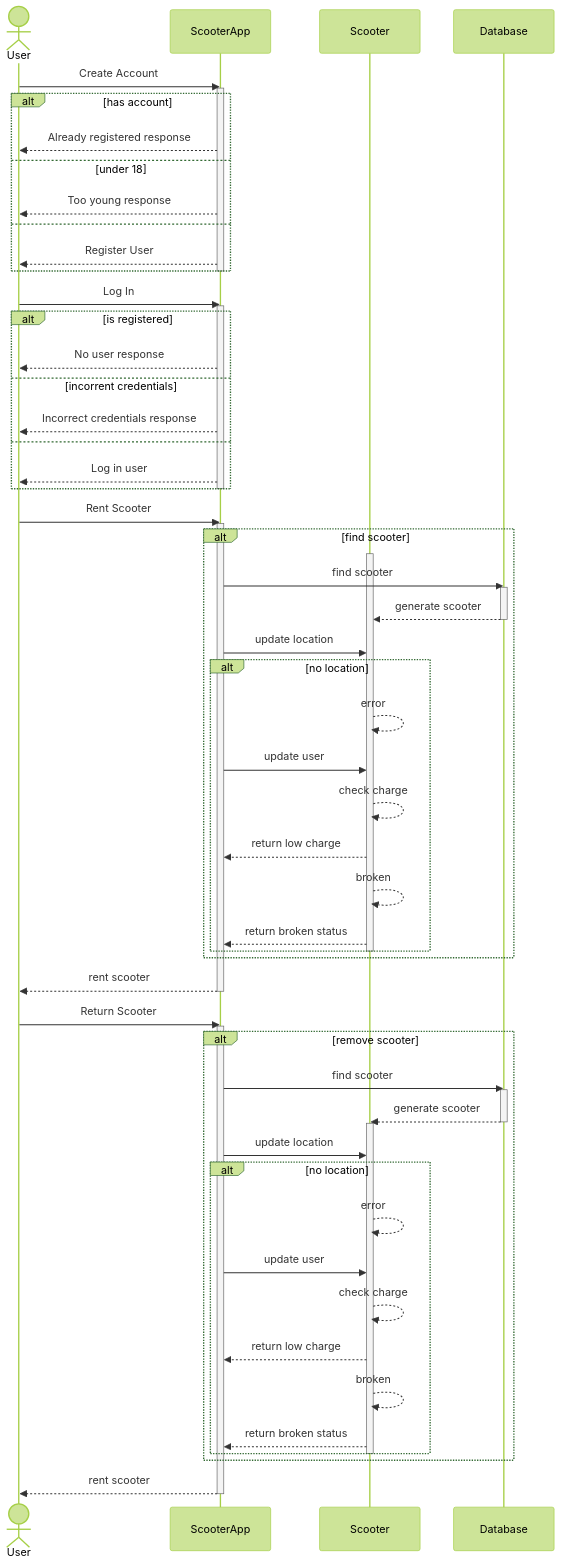
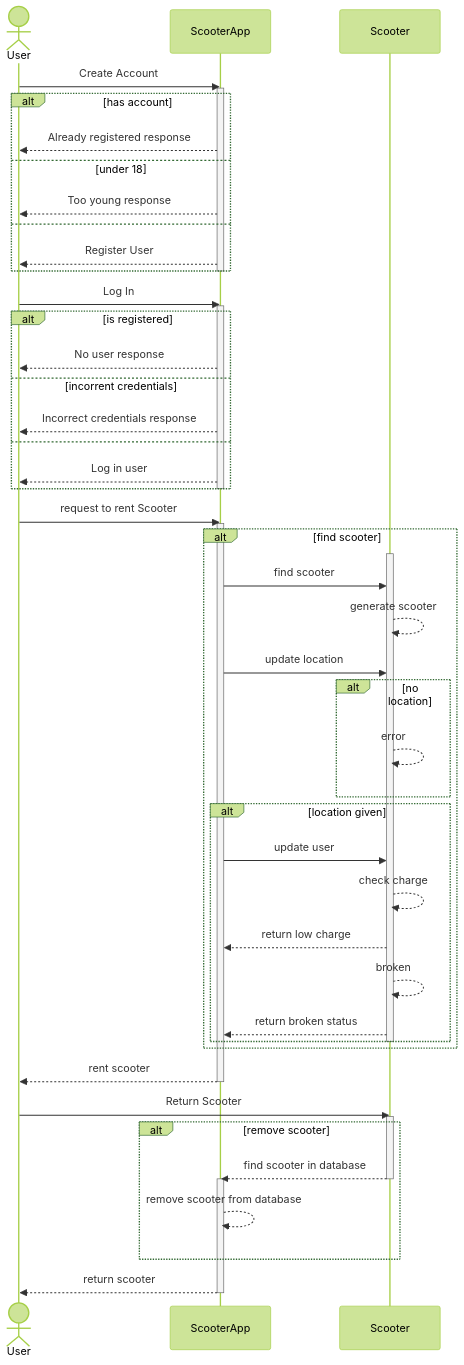
The diagram in spec/sequence_diagram.mmd (anammSky/scooter-project), drawn with Mermaid (forest theme) before and after one commit. The commit also changed 4 other files, not shown here.

```diff
--- a/spec/sequence_diagram.mmd
+++ b/spec/sequence_diagram.mmd
@@ -1,71 +1,60 @@
 sequenceDiagram
     actor User
     participant ScooterApp
     participant Scooter
-    participant Database
     
     User ->> ScooterApp: Create Account
     activate ScooterApp
     alt has account
         ScooterApp -->> User: Already registered response
     else under 18
         ScooterApp -->> User: Too young response
     else 
         ScooterApp -->> User: Register User
     end
     deactivate ScooterApp
 
     User ->> ScooterApp: Log In
     activate ScooterApp
     alt is registered
         ScooterApp -->> User: No user response
     else incorrent credentials
         ScooterApp -->> User: Incorrect credentials response
     else 
         ScooterApp -->> User: Log in user
     end
     deactivate ScooterApp
 
-    User ->> ScooterApp: Rent Scooter
+    User ->> ScooterApp: request to rent Scooter
     activate ScooterApp
     alt find scooter
         activate Scooter
-        ScooterApp ->> Database: find scooter
-            activate Database
-            Database -->> Scooter: generate scooter
-            deactivate Database
+        ScooterApp ->> Scooter: find scooter
+        Scooter -->> Scooter: generate scooter
         ScooterApp ->> Scooter: update location
         alt no location
             Scooter -->> Scooter: error
+        end
+        alt location given
             ScooterApp ->> Scooter: update user
             Scooter -->> Scooter: check charge    
             Scooter -->> ScooterApp: return low charge
             Scooter -->> Scooter: broken
             Scooter -->> ScooterApp: return broken status
         end
         deactivate Scooter
     end
     ScooterApp -->> User: rent scooter
     deactivate ScooterApp
 
-    User ->> ScooterApp: Return Scooter
-    activate ScooterApp
+
+    User ->> Scooter: Return Scooter
+    activate Scooter
     alt remove scooter
-            ScooterApp ->> Database: find scooter
-            activate Database
-            Database -->> Scooter: generate scooter
-            deactivate Database
-        activate Scooter
-        ScooterApp ->> Scooter: update location
-        alt no location
-            Scooter -->> Scooter: error
-            ScooterApp ->> Scooter: update user
-            Scooter -->> Scooter: check charge    
-            Scooter -->> ScooterApp: return low charge
-            Scooter -->> Scooter: broken
-            Scooter -->> ScooterApp: return broken status
-        end
+        Scooter -->> ScooterApp: find scooter in database
         deactivate Scooter
+        activate ScooterApp
+        ScooterApp -->> ScooterApp: remove scooter from database
     end
-    ScooterApp -->> User: rent scooter
+    ScooterApp -->> User: return scooter
     deactivate ScooterApp
```
